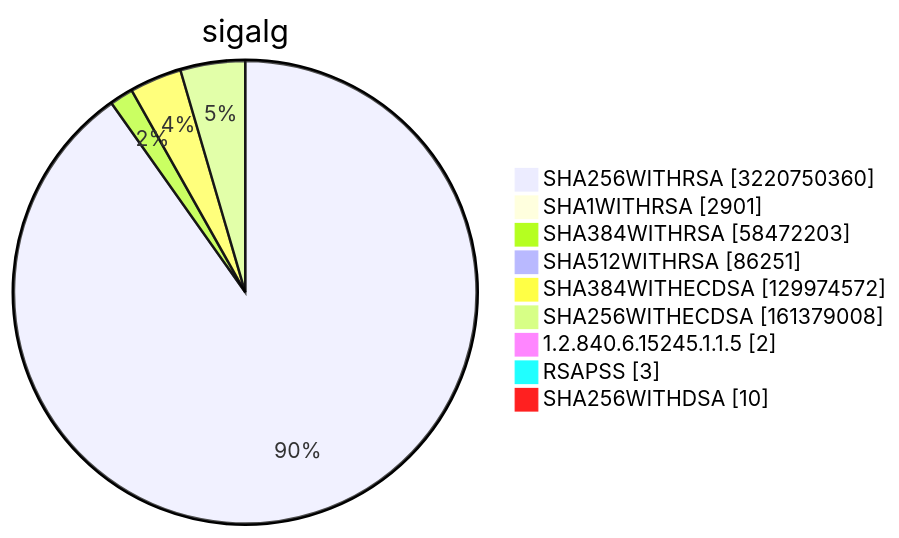
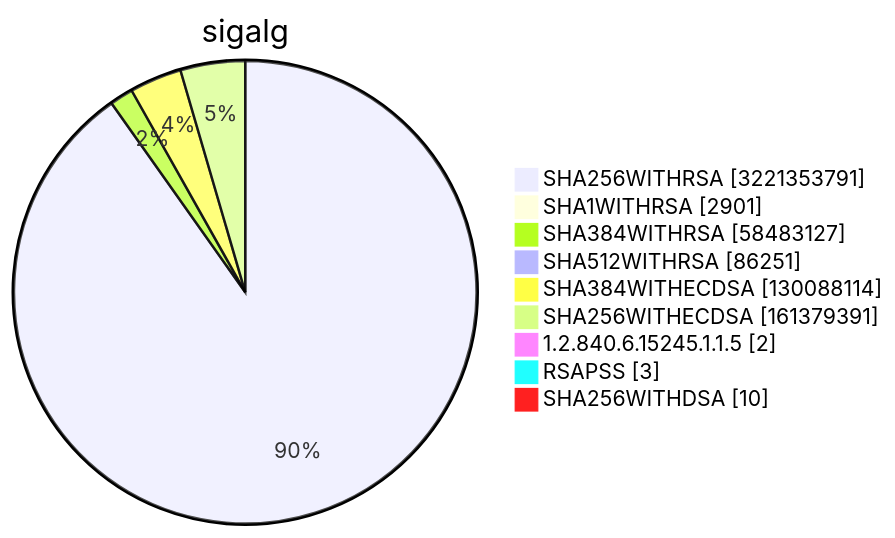
Diagram 15 of 15 in TOTAL/README.md (christiankrug/ctmonitor_visualization), drawn with Mermaid before and after one commit. The commit also changed other lines of this file, not shown here.

````diff
--- a/TOTAL/README.md
+++ b/TOTAL/README.md
@@ -6217,13 +6217,13 @@
 ```mermaid
 pie showData
 title sigalg
-"SHA256WITHRSA" :3220750360
+"SHA256WITHRSA" :3221353791
 "SHA1WITHRSA" :2901
-"SHA384WITHRSA" :58472203
+"SHA384WITHRSA" :58483127
 "SHA512WITHRSA" :86251
-"SHA384WITHECDSA" :129974572
-"SHA256WITHECDSA" :161379008
+"SHA384WITHECDSA" :130088114
+"SHA256WITHECDSA" :161379391
 "1.2.840.6.15245.1.1.5" :2
 "RSAPSS" :3
 "SHA256WITHDSA" :10
 ```
````
